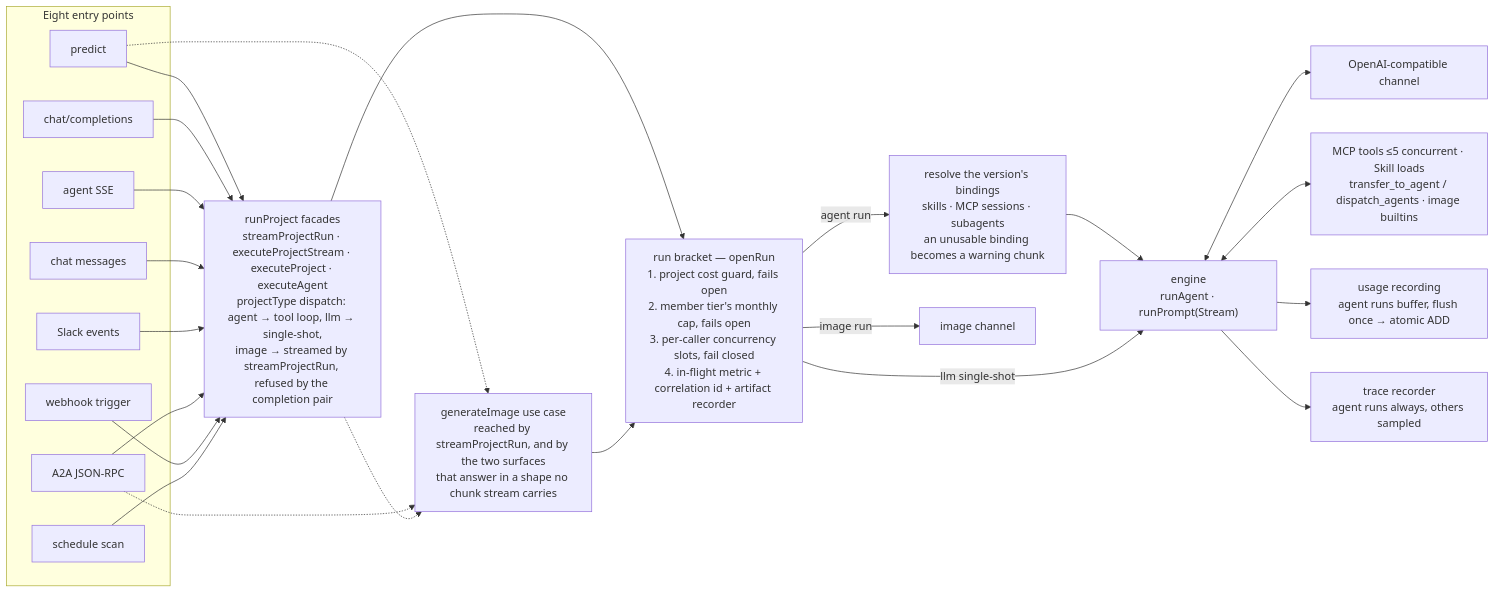
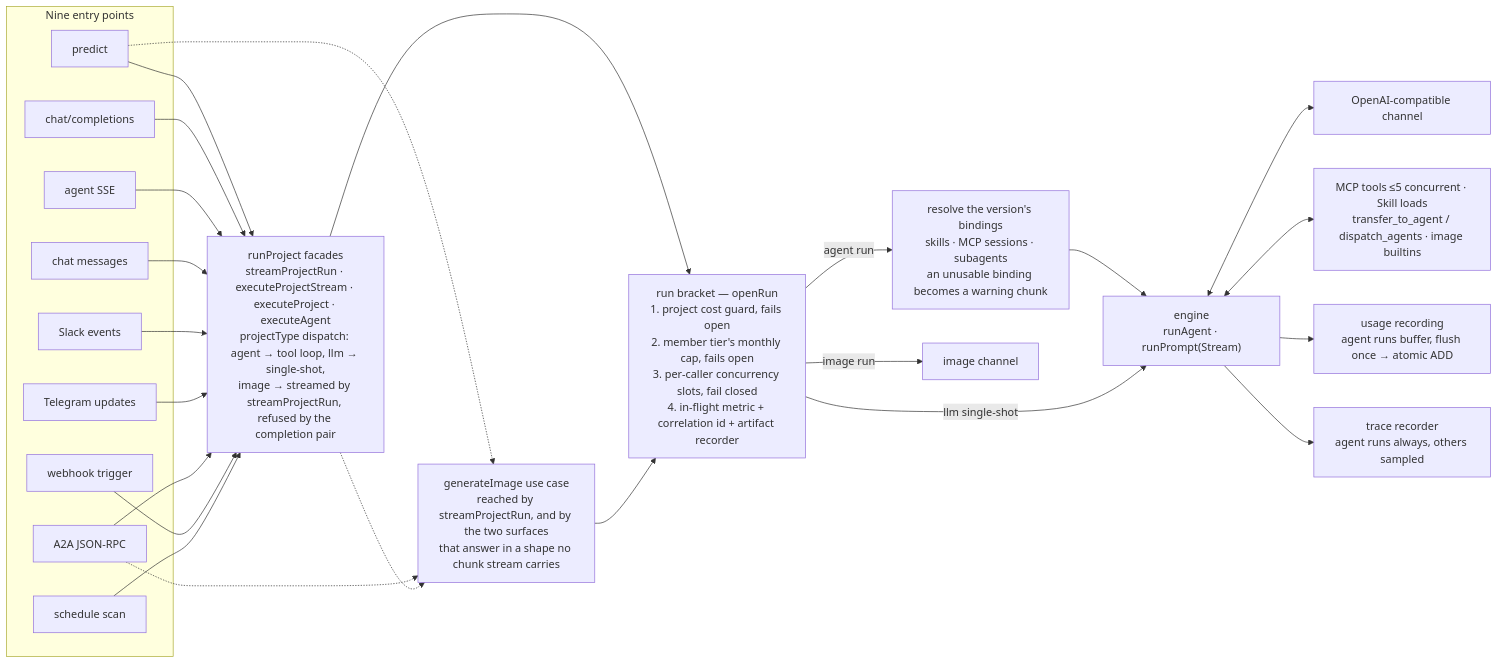
The second of 4 diagrams in docs/ARCHITECTURE.md (opspresso/agent-studio), drawn with Mermaid before and after one commit. The commit also changed other lines of this file and 12 other files, not shown here.

First line of the commit message:
docs: describe the messaging surfaces and Telegram, and pin their owners

````diff
--- a/docs/ARCHITECTURE.md
+++ b/docs/ARCHITECTURE.md
@@ -299,45 +307,47 @@
 ```mermaid
 flowchart LR
-  subgraph surfaces["Eight entry points"]
+  subgraph surfaces["Nine entry points"]
     predict["predict"]
     cc["chat/completions"]
     agentsse["agent SSE"]
     chat["chat messages"]
     slack["Slack events"]
+    telegram["Telegram updates"]
     a2a["A2A JSON-RPC"]
     webhook["webhook trigger"]
     schedule["schedule scan"]
   end
 
   facade["runProject facades<br/>streamProjectRun · executeProjectStream · executeProject · executeAgent<br/>projectType dispatch: agent → tool loop, llm → single-shot,<br/>image → streamed by streamProjectRun, refused by the completion pair"]
   imageuc["generateImage use case<br/>reached by streamProjectRun, and by the two surfaces<br/>that answer in a shape no chunk stream carries"]
   bracket["run bracket — openRun<br/>1. project cost guard, fails open<br/>2. member tier's monthly cap, fails open<br/>3. per-caller concurrency slots, fail closed<br/>4. in-flight metric + correlation id + artifact recorder"]
   resolve["resolve the version's bindings<br/>skills · MCP sessions · subagents<br/>an unusable binding becomes a warning chunk"]
   engine["engine<br/>runAgent · runPrompt(Stream)"]
   channel["OpenAI-compatible channel"]
   imagechannel["image channel"]
   tools["MCP tools ≤5 concurrent · Skill loads<br/>transfer_to_agent / dispatch_agents · image builtins"]
   usage["usage recording<br/>agent runs buffer, flush once → atomic ADD"]
   trace["trace recorder<br/>agent runs always, others sampled"]
 
   predict --> facade
   cc --> facade
   agentsse --> facade
   chat --> facade
   slack --> facade
+  telegram --> facade
   a2a --> facade
   webhook --> facade
   schedule --> facade
   predict -.-> imageuc
   a2a -.-> imageuc
   facade -.-> imageuc
   facade --> bracket
   imageuc --> bracket
   bracket -->|"agent run"| resolve --> engine
   bracket -->|"llm single-shot"| engine
   bracket -->|"image run"| imagechannel
   engine <--> channel
   engine <--> tools
   engine --> usage
   engine --> trace
 ```
````
